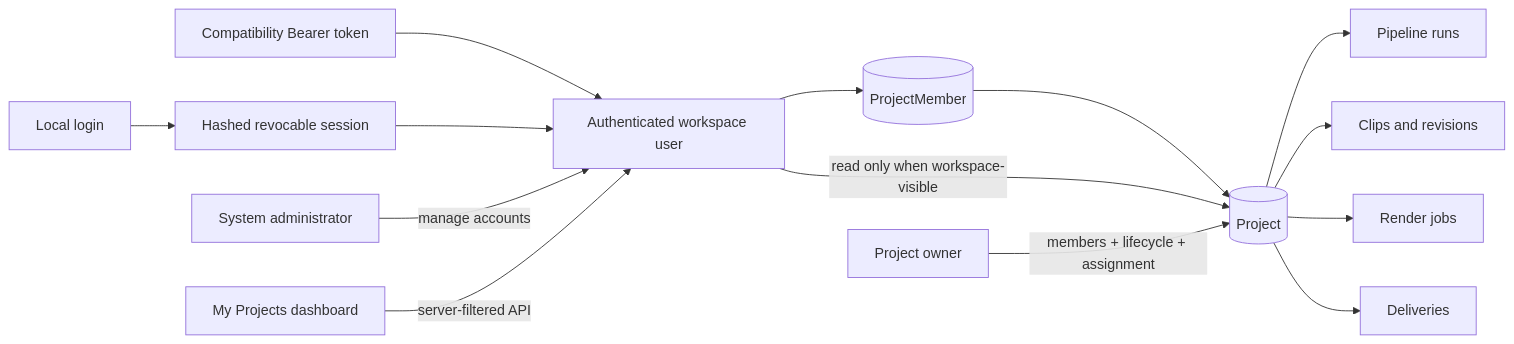
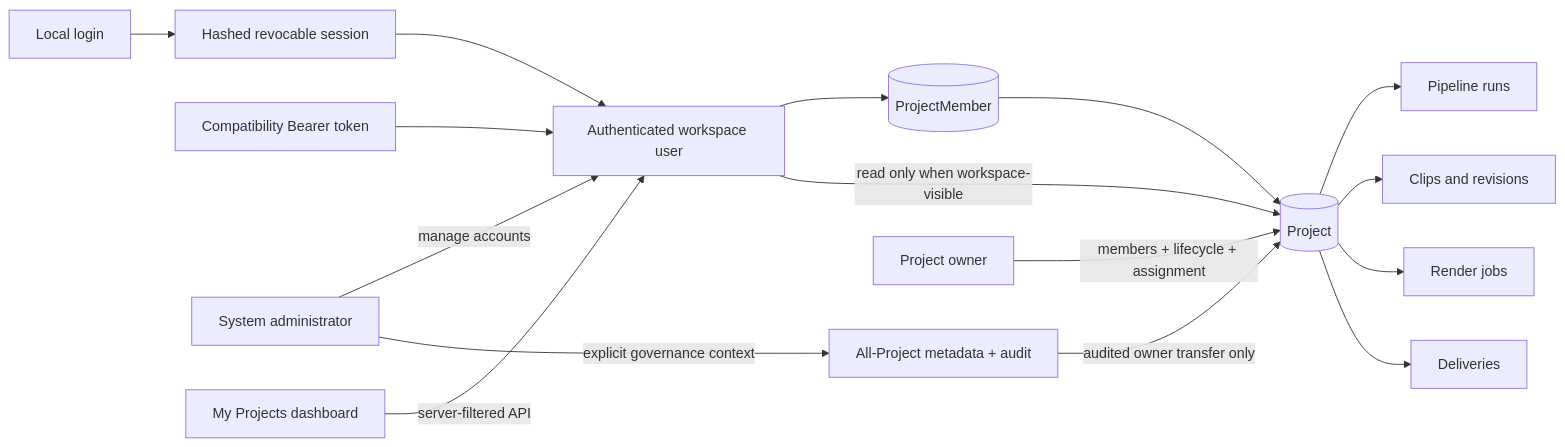
The second of 12 diagrams in docs/architecture.md (junhuaus/autoclip), drawn with Mermaid before and after one commit. The commit also changed other lines of this file and 61 other files, not shown here.

````diff
--- a/docs/architecture.md
+++ b/docs/architecture.md
@@ -25,16 +25,18 @@
 ```mermaid
 flowchart LR
   LOGIN[Local login] --> SESSION[Hashed revocable session]
   TOKEN[Compatibility Bearer token] --> AUTH[Authenticated workspace user]
   SESSION --> AUTH
   ADMIN[System administrator] -->|manage accounts| AUTH
+  ADMIN -->|explicit governance context| GOVERNANCE[All-Project metadata + audit]
+  GOVERNANCE -->|audited owner transfer only| PROJECT
   AUTH --> MEMBERSHIP[(ProjectMember)]
   MEMBERSHIP --> PROJECT[(Project)]
   AUTH -->|read only when workspace-visible| PROJECT
   PROJECT --> RUN[Pipeline runs]
   PROJECT --> CLIP[Clips and revisions]
   PROJECT --> RENDER[Render jobs]
   PROJECT --> DELIVERY[Deliveries]
   OWNER[Project owner] -->|members + lifecycle + assignment| PROJECT
   WEB[My Projects dashboard] -->|server-filtered API| AUTH
 ```
````
